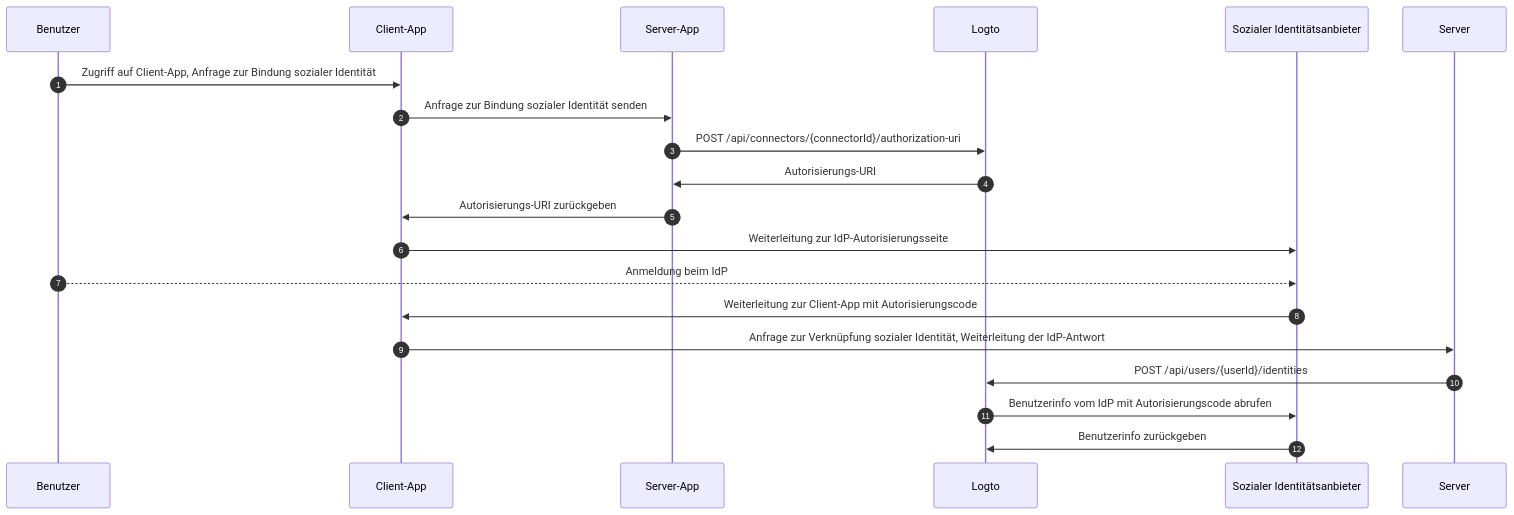
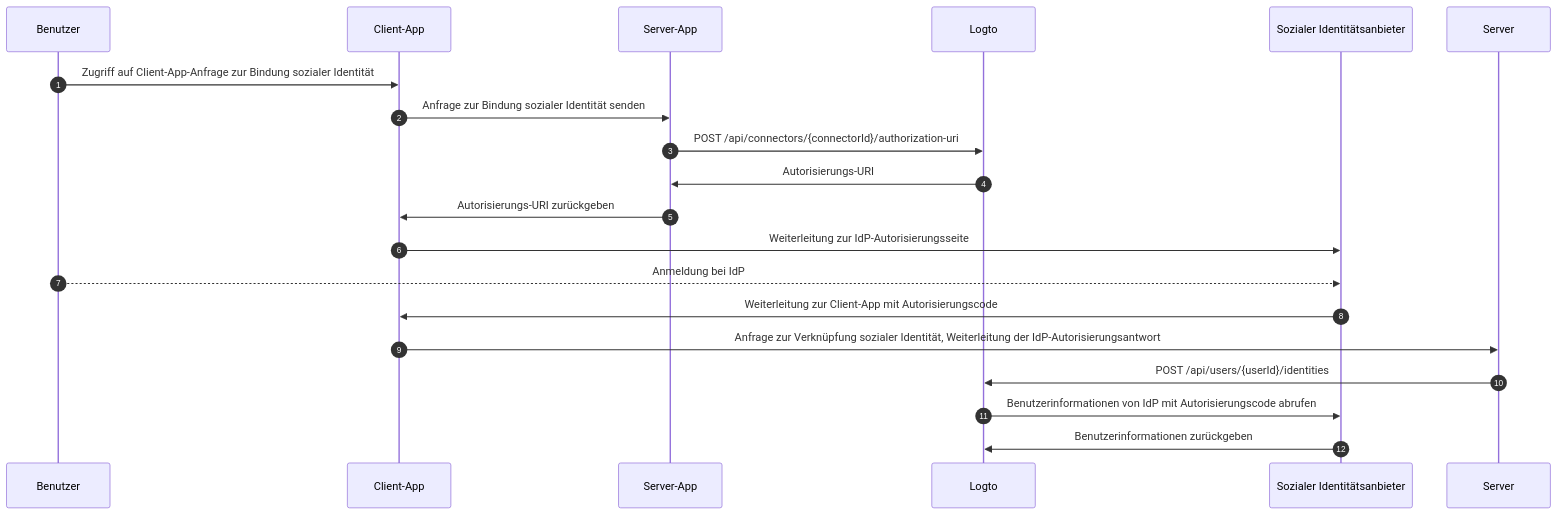
One commit to logto-io/docs changed the third of 3 diagrams in i18n/de/docusaurus-plugin-content-docs/current/end-user-flows/account-settings/by-management-api.mdx. Above: the diagram before and after it, drawn with Mermaid. The commit also changed other lines of this file and 102 other files, not shown here.

````diff
--- a/i18n/de/docusaurus-plugin-content-docs/current/end-user-flows/account-settings/by-management-api.mdx
+++ b/i18n/de/docusaurus-plugin-content-docs/current/end-user-flows/account-settings/by-management-api.mdx
@@ -121,22 +120,22 @@
 ```mermaid
 sequenceDiagram
     autoNumber
     participant User as Benutzer
     participant Client as Client-App
     participant App as Server-App
     participant Logto as Logto
     participant IdP as Sozialer Identitätsanbieter
 
-    User ->> Client: Zugriff auf Client-App, Anfrage zur Bindung sozialer Identität
+    User ->> Client: Zugriff auf Client-App-Anfrage zur Bindung sozialer Identität
     Client ->> App: Anfrage zur Bindung sozialer Identität senden
     App ->> Logto: POST /api/connectors/{connectorId}/authorization-uri
     Logto ->> App: Autorisierungs-URI
     App ->> Client: Autorisierungs-URI zurückgeben
     Client ->> IdP: Weiterleitung zur IdP-Autorisierungsseite
-    User -->> IdP: Anmeldung beim IdP
+    User -->> IdP: Anmeldung bei IdP
     IdP ->> Client: Weiterleitung zur Client-App mit Autorisierungscode
-    Client ->> Server: Anfrage zur Verknüpfung sozialer Identität, Weiterleitung der IdP-Antwort
+    Client ->> Server: Anfrage zur Verknüpfung sozialer Identität, Weiterleitung der IdP-Autorisierungsantwort
     Server ->> Logto: POST /api/users/{userId}/identities
-    Logto ->> IdP: Benutzerinfo vom IdP mit Autorisierungscode abrufen
-    IdP ->> Logto: Benutzerinfo zurückgeben
+    Logto ->> IdP: Benutzerinformationen von IdP mit Autorisierungscode abrufen
+    IdP ->> Logto: Benutzerinformationen zurückgeben
 ```
````
